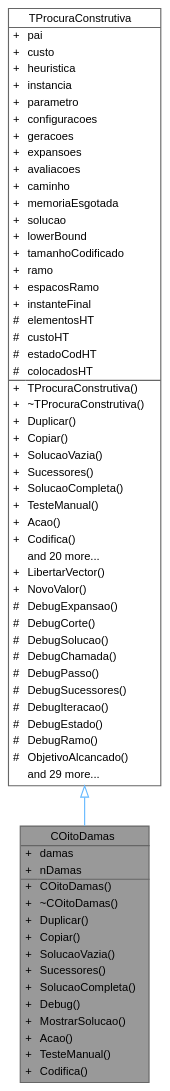
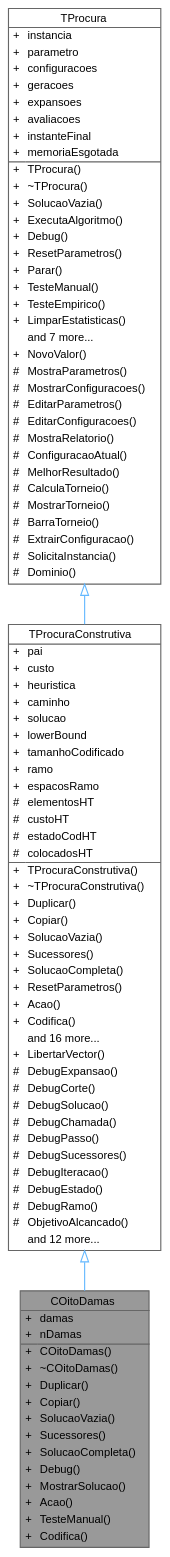
One commit to jcoelho72/TProcura changed the diagram in classCOitoDamas__inherit__graph.dot. Above: the diagram before and after it, drawn with Graphviz. The commit also changed 433 other files, not shown here.

```diff
--- a/classCOitoDamas__inherit__graph.dot
+++ b/classCOitoDamas__inherit__graph.dot
@@ -23,26 +23,18 @@
 <TR><TD VALIGN="top" CELLPADDING="1" CELLSPACING="0">+</TD><TD VALIGN="top" ALIGN="LEFT" CELLPADDING="1" CELLSPACING="0">Codifica()<BR ALIGN="LEFT"/></TD></TR>
 </TABLE>>
 ,height=0.2,width=0.4,color="gray40", fillcolor="grey60", style="filled", fontcolor="black",tooltip="Representa um estado do problema das 8 damas."];
-  Node2 -> Node1 [id="edge2_Node000001_Node000002",dir="back",color="steelblue1",style="solid",tooltip=" ",arrowtail="onormal"];
+  Node2 -> Node1 [id="edge3_Node000001_Node000002",dir="back",color="steelblue1",style="solid",tooltip=" ",arrowtail="onormal"];
   Node2 [id="Node000002",shape=plain,label=<<TABLE CELLBORDER="0" BORDER="1"><TR><TD COLSPAN="2" CELLPADDING="1" CELLSPACING="0">TProcuraConstrutiva</TD></TR>
 <HR/>
 <TR><TD VALIGN="top" CELLPADDING="1" CELLSPACING="0">+</TD><TD VALIGN="top" ALIGN="LEFT" CELLPADDING="1" CELLSPACING="0">pai<BR ALIGN="LEFT"/></TD></TR>
 <TR><TD VALIGN="top" CELLPADDING="1" CELLSPACING="0">+</TD><TD VALIGN="top" ALIGN="LEFT" CELLPADDING="1" CELLSPACING="0">custo<BR ALIGN="LEFT"/></TD></TR>
 <TR><TD VALIGN="top" CELLPADDING="1" CELLSPACING="0">+</TD><TD VALIGN="top" ALIGN="LEFT" CELLPADDING="1" CELLSPACING="0">heuristica<BR ALIGN="LEFT"/></TD></TR>
-<TR><TD VALIGN="top" CELLPADDING="1" CELLSPACING="0">+</TD><TD VALIGN="top" ALIGN="LEFT" CELLPADDING="1" CELLSPACING="0">instancia<BR ALIGN="LEFT"/></TD></TR>
-<TR><TD VALIGN="top" CELLPADDING="1" CELLSPACING="0">+</TD><TD VALIGN="top" ALIGN="LEFT" CELLPADDING="1" CELLSPACING="0">parametro<BR ALIGN="LEFT"/></TD></TR>
-<TR><TD VALIGN="top" CELLPADDING="1" CELLSPACING="0">+</TD><TD VALIGN="top" ALIGN="LEFT" CELLPADDING="1" CELLSPACING="0">configuracoes<BR ALIGN="LEFT"/></TD></TR>
-<TR><TD VALIGN="top" CELLPADDING="1" CELLSPACING="0">+</TD><TD VALIGN="top" ALIGN="LEFT" CELLPADDING="1" CELLSPACING="0">geracoes<BR ALIGN="LEFT"/></TD></TR>
-<TR><TD VALIGN="top" CELLPADDING="1" CELLSPACING="0">+</TD><TD VALIGN="top" ALIGN="LEFT" CELLPADDING="1" CELLSPACING="0">expansoes<BR ALIGN="LEFT"/></TD></TR>
-<TR><TD VALIGN="top" CELLPADDING="1" CELLSPACING="0">+</TD><TD VALIGN="top" ALIGN="LEFT" CELLPADDING="1" CELLSPACING="0">avaliacoes<BR ALIGN="LEFT"/></TD></TR>
 <TR><TD VALIGN="top" CELLPADDING="1" CELLSPACING="0">+</TD><TD VALIGN="top" ALIGN="LEFT" CELLPADDING="1" CELLSPACING="0">caminho<BR ALIGN="LEFT"/></TD></TR>
-<TR><TD VALIGN="top" CELLPADDING="1" CELLSPACING="0">+</TD><TD VALIGN="top" ALIGN="LEFT" CELLPADDING="1" CELLSPACING="0">memoriaEsgotada<BR ALIGN="LEFT"/></TD></TR>
 <TR><TD VALIGN="top" CELLPADDING="1" CELLSPACING="0">+</TD><TD VALIGN="top" ALIGN="LEFT" CELLPADDING="1" CELLSPACING="0">solucao<BR ALIGN="LEFT"/></TD></TR>
 <TR><TD VALIGN="top" CELLPADDING="1" CELLSPACING="0">+</TD><TD VALIGN="top" ALIGN="LEFT" CELLPADDING="1" CELLSPACING="0">lowerBound<BR ALIGN="LEFT"/></TD></TR>
 <TR><TD VALIGN="top" CELLPADDING="1" CELLSPACING="0">+</TD><TD VALIGN="top" ALIGN="LEFT" CELLPADDING="1" CELLSPACING="0">tamanhoCodificado<BR ALIGN="LEFT"/></TD></TR>
 <TR><TD VALIGN="top" CELLPADDING="1" CELLSPACING="0">+</TD><TD VALIGN="top" ALIGN="LEFT" CELLPADDING="1" CELLSPACING="0">ramo<BR ALIGN="LEFT"/></TD></TR>
 <TR><TD VALIGN="top" CELLPADDING="1" CELLSPACING="0">+</TD><TD VALIGN="top" ALIGN="LEFT" CELLPADDING="1" CELLSPACING="0">espacosRamo<BR ALIGN="LEFT"/></TD></TR>
-<TR><TD VALIGN="top" CELLPADDING="1" CELLSPACING="0">+</TD><TD VALIGN="top" ALIGN="LEFT" CELLPADDING="1" CELLSPACING="0">instanteFinal<BR ALIGN="LEFT"/></TD></TR>
 <TR><TD VALIGN="top" CELLPADDING="1" CELLSPACING="0">#</TD><TD VALIGN="top" ALIGN="LEFT" CELLPADDING="1" CELLSPACING="0">elementosHT<BR ALIGN="LEFT"/></TD></TR>
 <TR><TD VALIGN="top" CELLPADDING="1" CELLSPACING="0">#</TD><TD VALIGN="top" ALIGN="LEFT" CELLPADDING="1" CELLSPACING="0">custoHT<BR ALIGN="LEFT"/></TD></TR>
 <TR><TD VALIGN="top" CELLPADDING="1" CELLSPACING="0">#</TD><TD VALIGN="top" ALIGN="LEFT" CELLPADDING="1" CELLSPACING="0">estadoCodHT<BR ALIGN="LEFT"/></TD></TR>
@@ -55,12 +47,11 @@
 <TR><TD VALIGN="top" CELLPADDING="1" CELLSPACING="0">+</TD><TD VALIGN="top" ALIGN="LEFT" CELLPADDING="1" CELLSPACING="0">SolucaoVazia()<BR ALIGN="LEFT"/></TD></TR>
 <TR><TD VALIGN="top" CELLPADDING="1" CELLSPACING="0">+</TD><TD VALIGN="top" ALIGN="LEFT" CELLPADDING="1" CELLSPACING="0">Sucessores()<BR ALIGN="LEFT"/></TD></TR>
 <TR><TD VALIGN="top" CELLPADDING="1" CELLSPACING="0">+</TD><TD VALIGN="top" ALIGN="LEFT" CELLPADDING="1" CELLSPACING="0">SolucaoCompleta()<BR ALIGN="LEFT"/></TD></TR>
-<TR><TD VALIGN="top" CELLPADDING="1" CELLSPACING="0">+</TD><TD VALIGN="top" ALIGN="LEFT" CELLPADDING="1" CELLSPACING="0">TesteManual()<BR ALIGN="LEFT"/></TD></TR>
+<TR><TD VALIGN="top" CELLPADDING="1" CELLSPACING="0">+</TD><TD VALIGN="top" ALIGN="LEFT" CELLPADDING="1" CELLSPACING="0">ResetParametros()<BR ALIGN="LEFT"/></TD></TR>
 <TR><TD VALIGN="top" CELLPADDING="1" CELLSPACING="0">+</TD><TD VALIGN="top" ALIGN="LEFT" CELLPADDING="1" CELLSPACING="0">Acao()<BR ALIGN="LEFT"/></TD></TR>
 <TR><TD VALIGN="top" CELLPADDING="1" CELLSPACING="0">+</TD><TD VALIGN="top" ALIGN="LEFT" CELLPADDING="1" CELLSPACING="0">Codifica()<BR ALIGN="LEFT"/></TD></TR>
-<TR><TD VALIGN="top" CELLPADDING="1" CELLSPACING="0"></TD><TD VALIGN="top" ALIGN="LEFT" CELLPADDING="1" CELLSPACING="0">and 20 more...</TD></TR>
+<TR><TD VALIGN="top" CELLPADDING="1" CELLSPACING="0"></TD><TD VALIGN="top" ALIGN="LEFT" CELLPADDING="1" CELLSPACING="0">and 16 more...</TD></TR>
 <TR><TD VALIGN="top" CELLPADDING="1" CELLSPACING="0">+</TD><TD VALIGN="top" ALIGN="LEFT" CELLPADDING="1" CELLSPACING="0">LibertarVector()<BR ALIGN="LEFT"/></TD></TR>
-<TR><TD VALIGN="top" CELLPADDING="1" CELLSPACING="0">+</TD><TD VALIGN="top" ALIGN="LEFT" CELLPADDING="1" CELLSPACING="0">NovoValor()<BR ALIGN="LEFT"/></TD></TR>
 <TR><TD VALIGN="top" CELLPADDING="1" CELLSPACING="0">#</TD><TD VALIGN="top" ALIGN="LEFT" CELLPADDING="1" CELLSPACING="0">DebugExpansao()<BR ALIGN="LEFT"/></TD></TR>
 <TR><TD VALIGN="top" CELLPADDING="1" CELLSPACING="0">#</TD><TD VALIGN="top" ALIGN="LEFT" CELLPADDING="1" CELLSPACING="0">DebugCorte()<BR ALIGN="LEFT"/></TD></TR>
 <TR><TD VALIGN="top" CELLPADDING="1" CELLSPACING="0">#</TD><TD VALIGN="top" ALIGN="LEFT" CELLPADDING="1" CELLSPACING="0">DebugSolucao()<BR ALIGN="LEFT"/></TD></TR>
@@ -71,7 +62,46 @@
 <TR><TD VALIGN="top" CELLPADDING="1" CELLSPACING="0">#</TD><TD VALIGN="top" ALIGN="LEFT" CELLPADDING="1" CELLSPACING="0">DebugEstado()<BR ALIGN="LEFT"/></TD></TR>
 <TR><TD VALIGN="top" CELLPADDING="1" CELLSPACING="0">#</TD><TD VALIGN="top" ALIGN="LEFT" CELLPADDING="1" CELLSPACING="0">DebugRamo()<BR ALIGN="LEFT"/></TD></TR>
 <TR><TD VALIGN="top" CELLPADDING="1" CELLSPACING="0">#</TD><TD VALIGN="top" ALIGN="LEFT" CELLPADDING="1" CELLSPACING="0">ObjetivoAlcancado()<BR ALIGN="LEFT"/></TD></TR>
-<TR><TD VALIGN="top" CELLPADDING="1" CELLSPACING="0"></TD><TD VALIGN="top" ALIGN="LEFT" CELLPADDING="1" CELLSPACING="0">and 29 more...</TD></TR>
+<TR><TD VALIGN="top" CELLPADDING="1" CELLSPACING="0"></TD><TD VALIGN="top" ALIGN="LEFT" CELLPADDING="1" CELLSPACING="0">and 12 more...</TD></TR>
 </TABLE>>
 ,height=0.2,width=0.4,color="gray40", fillcolor="white", style="filled",URL="$classTProcuraConstrutiva.html",tooltip="Representa um estado no espaço de estados."];
+  Node3 -> Node2 [id="edge4_Node000002_Node000003",dir="back",color="steelblue1",style="solid",tooltip=" ",arrowtail="onormal"];
+  Node3 [id="Node000003",shape=plain,label=<<TABLE CELLBORDER="0" BORDER="1"><TR><TD COLSPAN="2" CELLPADDING="1" CELLSPACING="0">TProcura</TD></TR>
+<HR/>
+<TR><TD VALIGN="top" CELLPADDING="1" CELLSPACING="0">+</TD><TD VALIGN="top" ALIGN="LEFT" CELLPADDING="1" CELLSPACING="0">instancia<BR ALIGN="LEFT"/></TD></TR>
+<TR><TD VALIGN="top" CELLPADDING="1" CELLSPACING="0">+</TD><TD VALIGN="top" ALIGN="LEFT" CELLPADDING="1" CELLSPACING="0">parametro<BR ALIGN="LEFT"/></TD></TR>
+<TR><TD VALIGN="top" CELLPADDING="1" CELLSPACING="0">+</TD><TD VALIGN="top" ALIGN="LEFT" CELLPADDING="1" CELLSPACING="0">configuracoes<BR ALIGN="LEFT"/></TD></TR>
+<TR><TD VALIGN="top" CELLPADDING="1" CELLSPACING="0">+</TD><TD VALIGN="top" ALIGN="LEFT" CELLPADDING="1" CELLSPACING="0">geracoes<BR ALIGN="LEFT"/></TD></TR>
+<TR><TD VALIGN="top" CELLPADDING="1" CELLSPACING="0">+</TD><TD VALIGN="top" ALIGN="LEFT" CELLPADDING="1" CELLSPACING="0">expansoes<BR ALIGN="LEFT"/></TD></TR>
+<TR><TD VALIGN="top" CELLPADDING="1" CELLSPACING="0">+</TD><TD VALIGN="top" ALIGN="LEFT" CELLPADDING="1" CELLSPACING="0">avaliacoes<BR ALIGN="LEFT"/></TD></TR>
+<TR><TD VALIGN="top" CELLPADDING="1" CELLSPACING="0">+</TD><TD VALIGN="top" ALIGN="LEFT" CELLPADDING="1" CELLSPACING="0">instanteFinal<BR ALIGN="LEFT"/></TD></TR>
+<TR><TD VALIGN="top" CELLPADDING="1" CELLSPACING="0">+</TD><TD VALIGN="top" ALIGN="LEFT" CELLPADDING="1" CELLSPACING="0">memoriaEsgotada<BR ALIGN="LEFT"/></TD></TR>
+<HR/>
+<TR><TD VALIGN="top" CELLPADDING="1" CELLSPACING="0">+</TD><TD VALIGN="top" ALIGN="LEFT" CELLPADDING="1" CELLSPACING="0">TProcura()<BR ALIGN="LEFT"/></TD></TR>
+<TR><TD VALIGN="top" CELLPADDING="1" CELLSPACING="0">+</TD><TD VALIGN="top" ALIGN="LEFT" CELLPADDING="1" CELLSPACING="0">~TProcura()<BR ALIGN="LEFT"/></TD></TR>
+<TR><TD VALIGN="top" CELLPADDING="1" CELLSPACING="0">+</TD><TD VALIGN="top" ALIGN="LEFT" CELLPADDING="1" CELLSPACING="0">SolucaoVazia()<BR ALIGN="LEFT"/></TD></TR>
+<TR><TD VALIGN="top" CELLPADDING="1" CELLSPACING="0">+</TD><TD VALIGN="top" ALIGN="LEFT" CELLPADDING="1" CELLSPACING="0">ExecutaAlgoritmo()<BR ALIGN="LEFT"/></TD></TR>
+<TR><TD VALIGN="top" CELLPADDING="1" CELLSPACING="0">+</TD><TD VALIGN="top" ALIGN="LEFT" CELLPADDING="1" CELLSPACING="0">Debug()<BR ALIGN="LEFT"/></TD></TR>
+<TR><TD VALIGN="top" CELLPADDING="1" CELLSPACING="0">+</TD><TD VALIGN="top" ALIGN="LEFT" CELLPADDING="1" CELLSPACING="0">ResetParametros()<BR ALIGN="LEFT"/></TD></TR>
+<TR><TD VALIGN="top" CELLPADDING="1" CELLSPACING="0">+</TD><TD VALIGN="top" ALIGN="LEFT" CELLPADDING="1" CELLSPACING="0">Parar()<BR ALIGN="LEFT"/></TD></TR>
+<TR><TD VALIGN="top" CELLPADDING="1" CELLSPACING="0">+</TD><TD VALIGN="top" ALIGN="LEFT" CELLPADDING="1" CELLSPACING="0">TesteManual()<BR ALIGN="LEFT"/></TD></TR>
+<TR><TD VALIGN="top" CELLPADDING="1" CELLSPACING="0">+</TD><TD VALIGN="top" ALIGN="LEFT" CELLPADDING="1" CELLSPACING="0">TesteEmpirico()<BR ALIGN="LEFT"/></TD></TR>
+<TR><TD VALIGN="top" CELLPADDING="1" CELLSPACING="0">+</TD><TD VALIGN="top" ALIGN="LEFT" CELLPADDING="1" CELLSPACING="0">LimparEstatisticas()<BR ALIGN="LEFT"/></TD></TR>
+<TR><TD VALIGN="top" CELLPADDING="1" CELLSPACING="0"></TD><TD VALIGN="top" ALIGN="LEFT" CELLPADDING="1" CELLSPACING="0">and 7 more...</TD></TR>
+<TR><TD VALIGN="top" CELLPADDING="1" CELLSPACING="0">+</TD><TD VALIGN="top" ALIGN="LEFT" CELLPADDING="1" CELLSPACING="0">NovoValor()<BR ALIGN="LEFT"/></TD></TR>
+<TR><TD VALIGN="top" CELLPADDING="1" CELLSPACING="0">#</TD><TD VALIGN="top" ALIGN="LEFT" CELLPADDING="1" CELLSPACING="0">MostraParametros()<BR ALIGN="LEFT"/></TD></TR>
+<TR><TD VALIGN="top" CELLPADDING="1" CELLSPACING="0">#</TD><TD VALIGN="top" ALIGN="LEFT" CELLPADDING="1" CELLSPACING="0">MostrarConfiguracoes()<BR ALIGN="LEFT"/></TD></TR>
+<TR><TD VALIGN="top" CELLPADDING="1" CELLSPACING="0">#</TD><TD VALIGN="top" ALIGN="LEFT" CELLPADDING="1" CELLSPACING="0">EditarParametros()<BR ALIGN="LEFT"/></TD></TR>
+<TR><TD VALIGN="top" CELLPADDING="1" CELLSPACING="0">#</TD><TD VALIGN="top" ALIGN="LEFT" CELLPADDING="1" CELLSPACING="0">EditarConfiguracoes()<BR ALIGN="LEFT"/></TD></TR>
+<TR><TD VALIGN="top" CELLPADDING="1" CELLSPACING="0">#</TD><TD VALIGN="top" ALIGN="LEFT" CELLPADDING="1" CELLSPACING="0">MostraRelatorio()<BR ALIGN="LEFT"/></TD></TR>
+<TR><TD VALIGN="top" CELLPADDING="1" CELLSPACING="0">#</TD><TD VALIGN="top" ALIGN="LEFT" CELLPADDING="1" CELLSPACING="0">ConfiguracaoAtual()<BR ALIGN="LEFT"/></TD></TR>
+<TR><TD VALIGN="top" CELLPADDING="1" CELLSPACING="0">#</TD><TD VALIGN="top" ALIGN="LEFT" CELLPADDING="1" CELLSPACING="0">MelhorResultado()<BR ALIGN="LEFT"/></TD></TR>
+<TR><TD VALIGN="top" CELLPADDING="1" CELLSPACING="0">#</TD><TD VALIGN="top" ALIGN="LEFT" CELLPADDING="1" CELLSPACING="0">CalculaTorneio()<BR ALIGN="LEFT"/></TD></TR>
+<TR><TD VALIGN="top" CELLPADDING="1" CELLSPACING="0">#</TD><TD VALIGN="top" ALIGN="LEFT" CELLPADDING="1" CELLSPACING="0">MostrarTorneio()<BR ALIGN="LEFT"/></TD></TR>
+<TR><TD VALIGN="top" CELLPADDING="1" CELLSPACING="0">#</TD><TD VALIGN="top" ALIGN="LEFT" CELLPADDING="1" CELLSPACING="0">BarraTorneio()<BR ALIGN="LEFT"/></TD></TR>
+<TR><TD VALIGN="top" CELLPADDING="1" CELLSPACING="0">#</TD><TD VALIGN="top" ALIGN="LEFT" CELLPADDING="1" CELLSPACING="0">ExtrairConfiguracao()<BR ALIGN="LEFT"/></TD></TR>
+<TR><TD VALIGN="top" CELLPADDING="1" CELLSPACING="0">#</TD><TD VALIGN="top" ALIGN="LEFT" CELLPADDING="1" CELLSPACING="0">SolicitaInstancia()<BR ALIGN="LEFT"/></TD></TR>
+<TR><TD VALIGN="top" CELLPADDING="1" CELLSPACING="0">#</TD><TD VALIGN="top" ALIGN="LEFT" CELLPADDING="1" CELLSPACING="0">Dominio()<BR ALIGN="LEFT"/></TD></TR>
+</TABLE>>
+,height=0.2,width=0.4,color="gray40", fillcolor="white", style="filled",URL="$classTProcura.html",tooltip="Classe base para todas as procuras."];
 }
```
